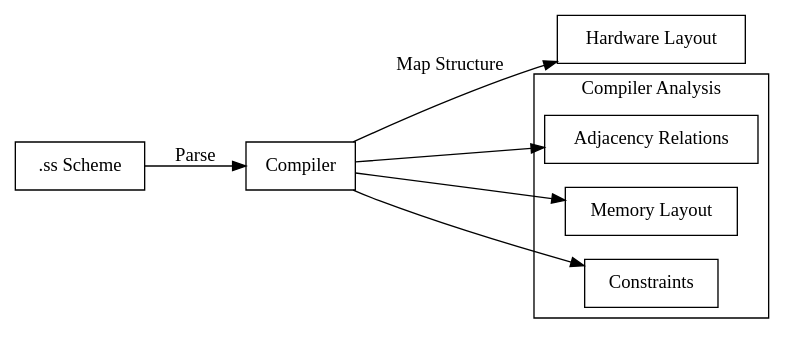
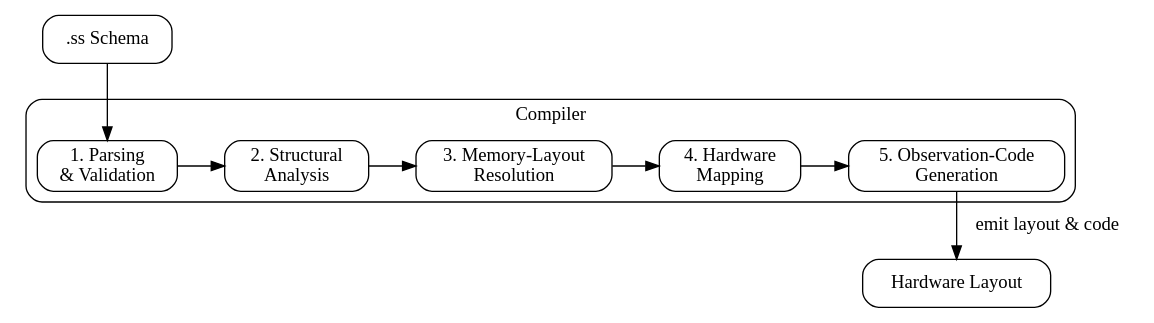
Before and after one commit to ssccsorg/ssccs: the fourth of 7 diagrams in docs/Whitepaper.qmd, drawn with Graphviz. The commit also changed other lines of this file and 2 other files, not shown here.

````diff
--- a/docs/Whitepaper.qmd
+++ b/docs/Whitepaper.qmd
@@ -325,26 +430,30 @@
 ```{dot}
 //| label: fig-compilation-process
-//| fig-cap: "Compilation process: structural mapping"
+//| fig-cap: "Compiler pipeline: from Schema to hardware layout"
 digraph Compilation_Process {
-    rankdir=LR;
-    node [shape=rect];
+    rankdir=TB;
+    node [shape=rect, style=rounded];
     
-    Scheme [label=".ss Scheme"];
-    Compiler [label="Compiler"];
+    Schema [label=".ss Schema"];
     Hardware [label="Hardware Layout"];
     
-    Scheme -> Compiler [label="Parse"];
-    Compiler -> Hardware [label="Map Structure"];
-    
     subgraph cluster_compiler {
-        label="Compiler Analysis";
-        Adjacency [label="Adjacency Relations"];
-        MemoryLayout [label="Memory Layout"];
-        Constraints [label="Constraints"];
+        label="Compiler";
+        style=rounded;
+        
+        // 컴파일러 내부 단계를 수평으로 배치
+        { rank=same; Parse; Analysis; Layout; Map; CodeGen; }
+        
+        Parse [label="1. Parsing\n& Validation"];
+        Analysis [label="2. Structural\nAnalysis"];
+        Layout [label="3. Memory‑Layout\nResolution"];
+        Map [label="4. Hardware\nMapping"];
+        CodeGen [label="5. Observation‑Code\nGeneration"];
+        
+        Parse -> Analysis -> Layout -> Map -> CodeGen;
     }
     
-    Compiler -> Adjacency;
-    Compiler -> MemoryLayout;
-    Compiler -> Constraints;
+    Schema -> Parse;
+    CodeGen -> Hardware [label="emit layout & code"];
 }
 ```
````
